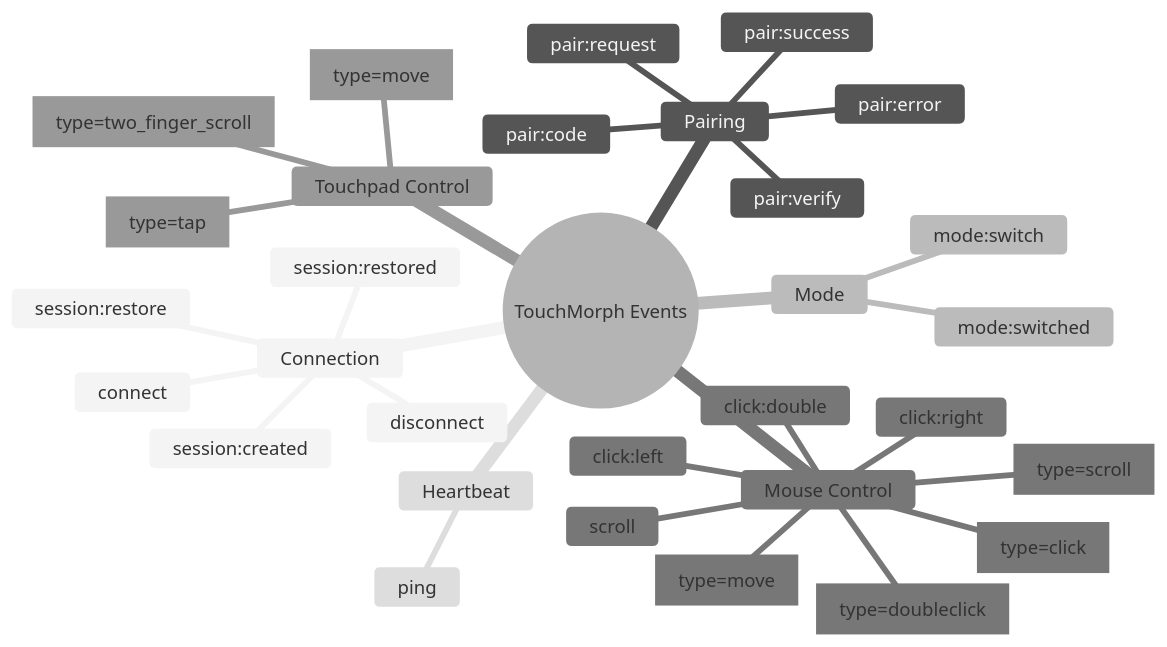
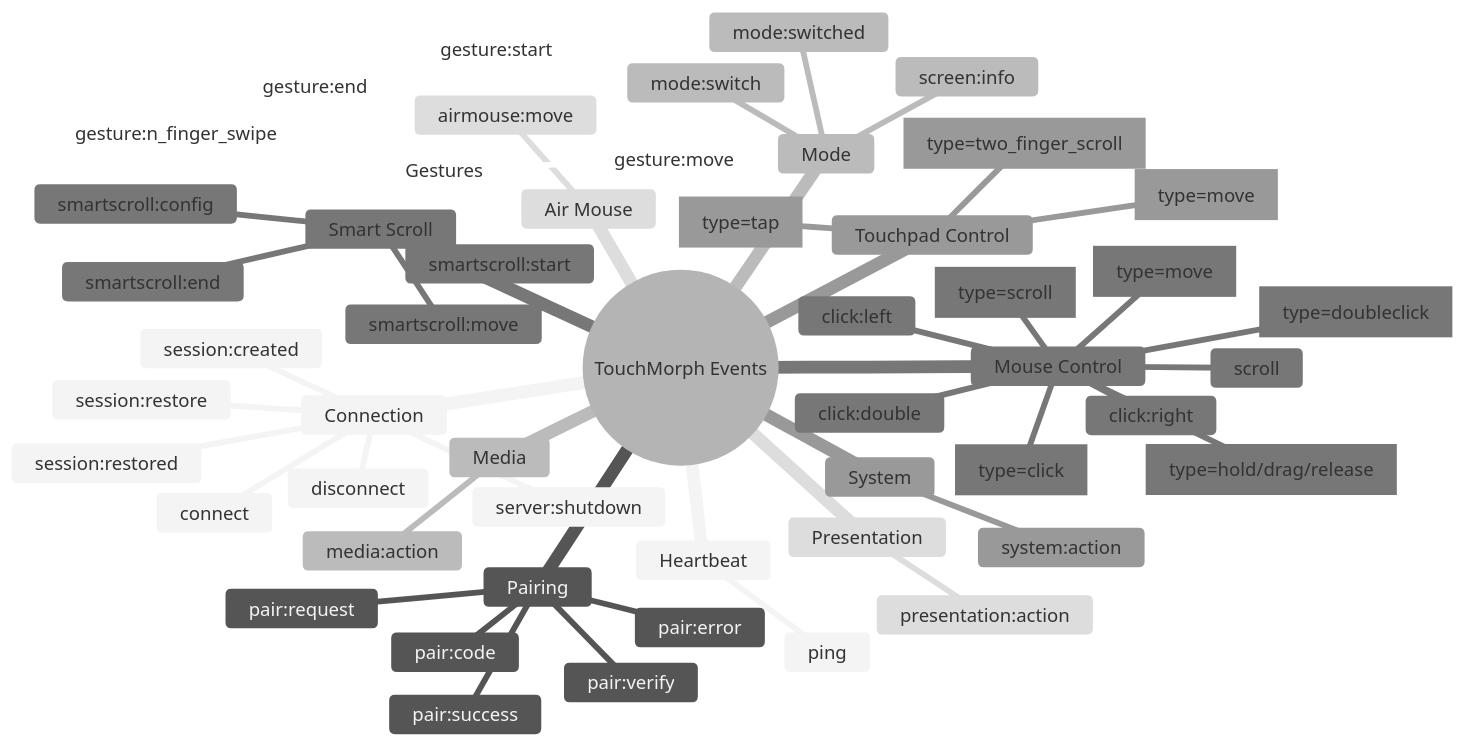
Before and after one commit to learnerforge/Remote_Mouse: the fourth of 6 diagrams in wiki/03-API-Reference.md, drawn with Mermaid (neutral theme). The commit also changed other lines of this file and 24 other files, not shown here.

````diff
--- a/wiki/03-API-Reference.md
+++ b/wiki/03-API-Reference.md
@@ -739,34 +1276,55 @@
 ```mermaid
 mindmap
   root((TouchMorph Events))
     Connection
       connect
       disconnect
       session:restore
       session:created
       session:restored
+      server:shutdown
     Pairing
       pair:request
       pair:code
       pair:verify
       pair:success
       pair:error
     Mode
       mode:switch
       mode:switched
+      screen:info
     Mouse Control
       mouse:event[type=move]
       mouse:event[type=click]
       mouse:event[type=doubleclick]
       mouse:event[type=scroll]
+      mouse:event[type=hold/drag/release]
       click:left
       click:right
       click:double
       scroll
     Touchpad Control
       touchpad:event[type=move]
       touchpad:event[type=tap]
       touchpad:event[type=two_finger_scroll]
+    Air Mouse
+      airmouse:move
+    Gestures
+      gesture:start
+      gesture:move
+      gesture:end
+      gesture:n_finger_swipe
+    Presentation
+      presentation:action
+    Media
+      media:action
+    System
+      system:action
+    Smart Scroll
+      smartscroll:start
+      smartscroll:move
+      smartscroll:end
+      smartscroll:config
     Heartbeat
       ping
 ```
````
